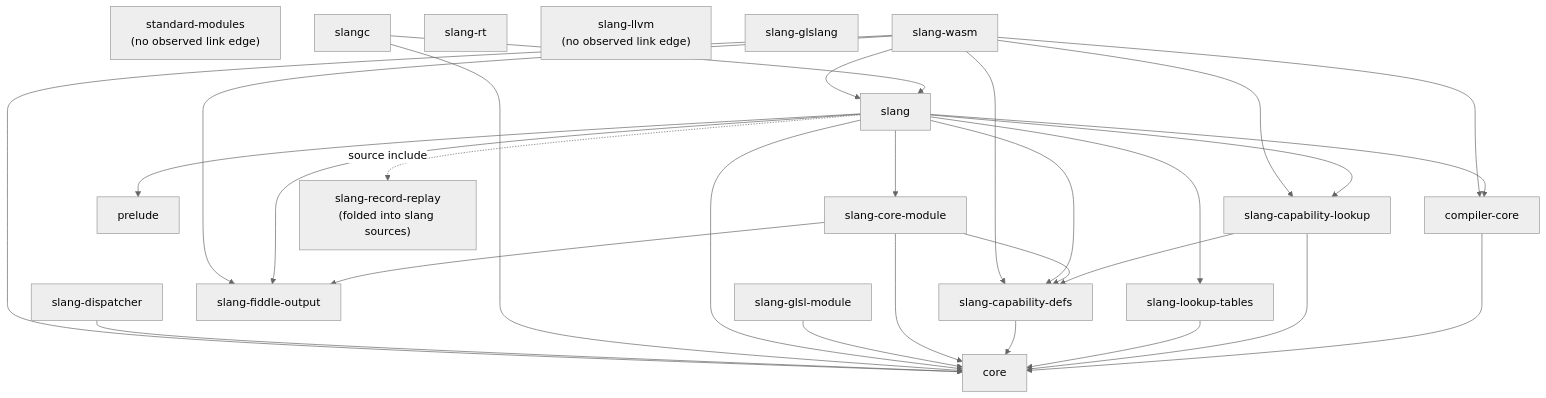
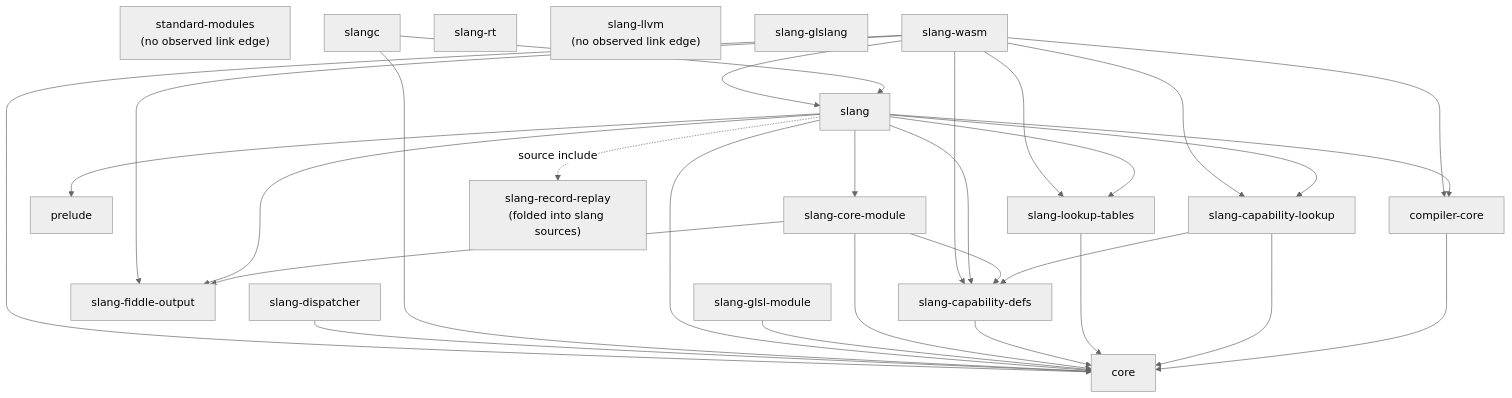
Before and after one commit to shader-slang/slang: the diagram in docs/generated/design/architecture/dependency-graph.md, drawn with Mermaid (neutral theme). The commit also changed other lines of this file and 133 other files, not shown here.

````diff
--- a/docs/generated/design/architecture/dependency-graph.md
+++ b/docs/generated/design/architecture/dependency-graph.md
@@ -33,53 +34,54 @@
 ```mermaid
 flowchart TB
     coreLib[core]
     compilerCore[compiler-core]
     prelude[prelude]
     capabilityDefs[slang-capability-defs]
     capabilityLookup[slang-capability-lookup]
     lookupTables[slang-lookup-tables]
     fiddleOutput[slang-fiddle-output]
     coreModule[slang-core-module]
     glslModule[slang-glsl-module]
     standardModules["standard-modules<br/>(no observed link edge)"]
     slangLib[slang]
     slangRecordReplay["slang-record-replay<br/>(folded into slang sources)"]
     slangc[slangc]
     slangDispatcher[slang-dispatcher]
     slangRt[slang-rt]
     slangLlvm["slang-llvm<br/>(no observed link edge)"]
     slangGlslang[slang-glslang]
     slangWasm[slang-wasm]
 
     compilerCore --> coreLib
     capabilityLookup --> coreLib
     capabilityLookup --> capabilityDefs
     lookupTables --> coreLib
     capabilityDefs --> coreLib
     coreModule --> coreLib
     coreModule --> capabilityDefs
     coreModule --> fiddleOutput
     glslModule --> coreLib
 
     slangLib --> coreLib
     slangLib --> prelude
     slangLib --> compilerCore
     slangLib --> capabilityDefs
     slangLib --> capabilityLookup
     slangLib --> fiddleOutput
     slangLib --> lookupTables
     slangLib --> coreModule
     slangLib -.->|source include| slangRecordReplay
 
     slangc --> coreLib
     slangc --> slangLib
 
     slangDispatcher --> coreLib
 
     slangWasm --> slangLib
     slangWasm --> coreLib
     slangWasm --> compilerCore
     slangWasm --> capabilityDefs
     slangWasm --> capabilityLookup
     slangWasm --> fiddleOutput
+    slangWasm --> lookupTables
 ```
````
